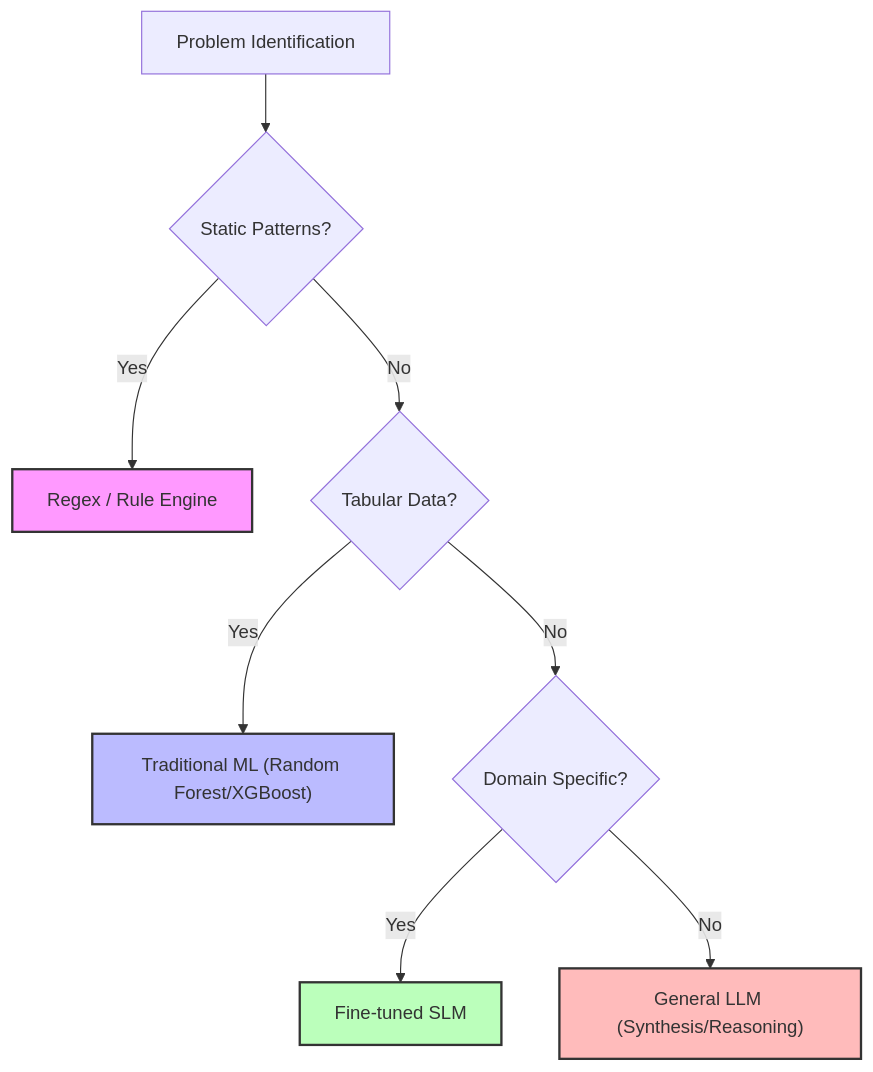
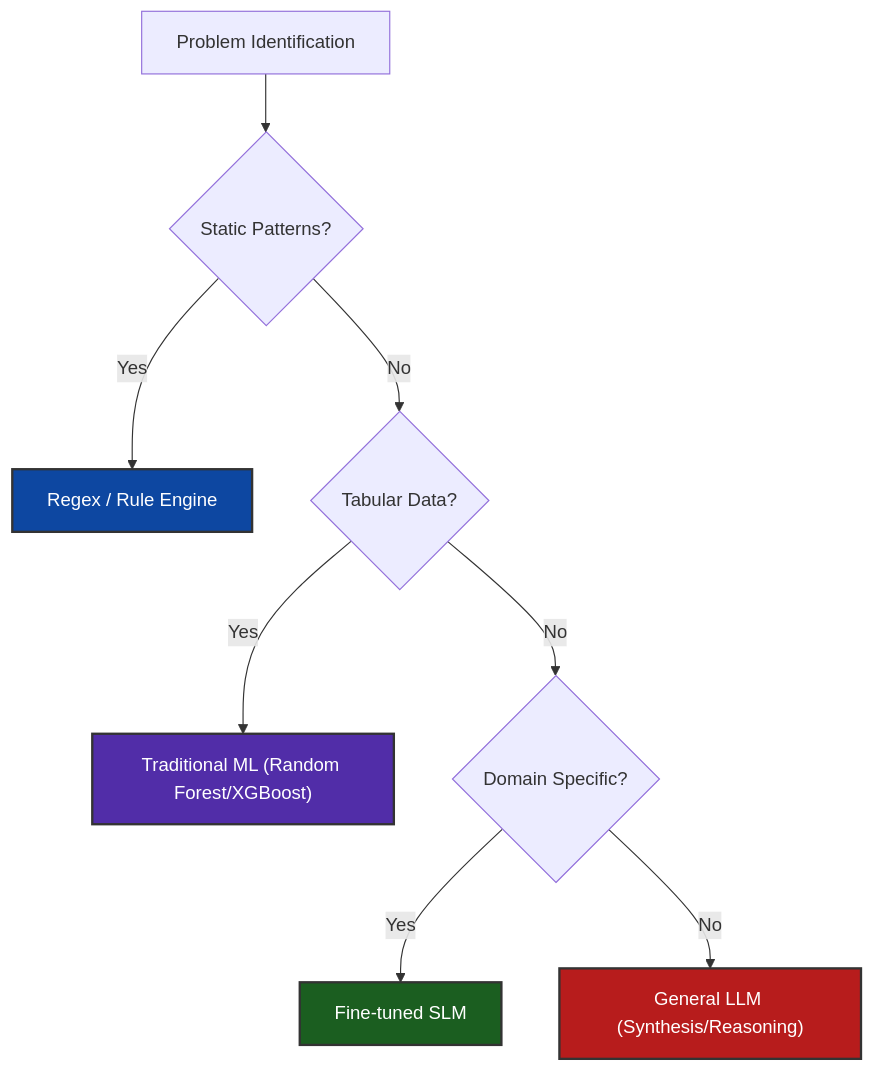
The diagram in Phase 0.md (MohibUllahKhanSherwani/applied-ai-systems-backend-systems-roadmap), drawn with Mermaid before and after one commit.

Commit message:
docs: Update phase 0 diagram

````diff
--- a/Phase 0.md
+++ b/Phase 0.md
@@ -78,15 +78,15 @@
 ```mermaid
 graph TD
     A["Problem Identification"] --> B{"Static Patterns?"}
     B -- Yes --> C["Regex / Rule Engine"]
     B -- No --> D{"Tabular Data?"}
     D -- Yes --> E["Traditional ML (Random Forest/XGBoost)"]
     D -- No --> F{"Domain Specific?"}
     F -- Yes --> G["Fine-tuned SLM"]
     F -- No --> H["General LLM (Synthesis/Reasoning)"]
     
-    style C fill:#f9f,stroke:#333,stroke-width:2px
-    style E fill:#bbf,stroke:#333,stroke-width:2px
-    style G fill:#bfb,stroke:#333,stroke-width:2px
-    style H fill:#fbb,stroke:#333,stroke-width:2px
+    style C fill:#0d47a1,stroke:#333,stroke-width:2px,color:#fff
+    style E fill:#512da8,stroke:#333,stroke-width:2px,color:#fff
+    style G fill:#1b5e20,stroke:#333,stroke-width:2px,color:#fff
+    style H fill:#b71c1c,stroke:#333,stroke-width:2px,color:#fff
 ```
````
